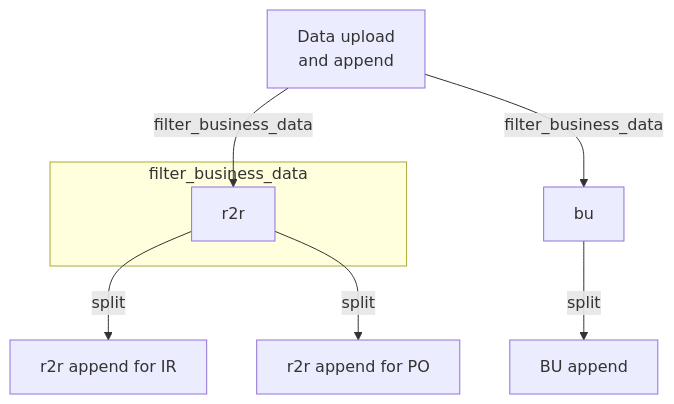
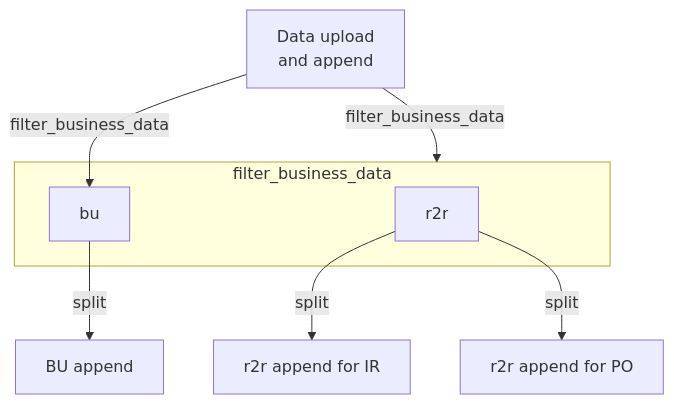
One commit to eamena-project/eamena-arches-dev changed the first of 2 diagrams in dbs/database.eamena/data/README.md. Above: the diagram before and after it, drawn with Mermaid.

````diff
--- a/dbs/database.eamena/data/README.md
+++ b/dbs/database.eamena/data/README.md
@@ -22,17 +22,18 @@
 ```mermaid
 flowchart
   subgraph ide1 [filter_business_data];
   id6[r2r];
+  id8[bu];
   end;
-  id3[Data upload <br>and append] -- filter_business_data --> id6[r2r];
+  id3[Data upload <br>and append] -- filter_business_data --> ide1;
   id3 -- filter_business_data --> id8[bu];
   id6 -- split --> id4[r2r append for IR];
   id6 -- split --> id5[r2r append for PO];
   id8 -- split --> id7[BU append];
   
   click id3 "https://github.com/eamena-project/eamena-arches-dev/blob/main/dbs/database.eamena/data/bulk_data/append/bu_append_to_be_mapped.csv" _blank
   click id5 "https://github.com/eamena-project/eamena-arches-dev/blob/main/dbs/database.eamena/data/business_data_relations/res2res_hp_po.relations" _blank
   click id4 "https://github.com/eamena-project/eamena-arches-dev/blob/main/dbs/database.eamena/data/business_data_relations/res2res_hp_ir.relations" _blank
   click id7 "https://github.com/eamena-project/eamena-arches-dev/blob/main/dbs/database.eamena/data/bulk_data/append/Fazzan_bu_append.csv" _blank
 
 ```
````
